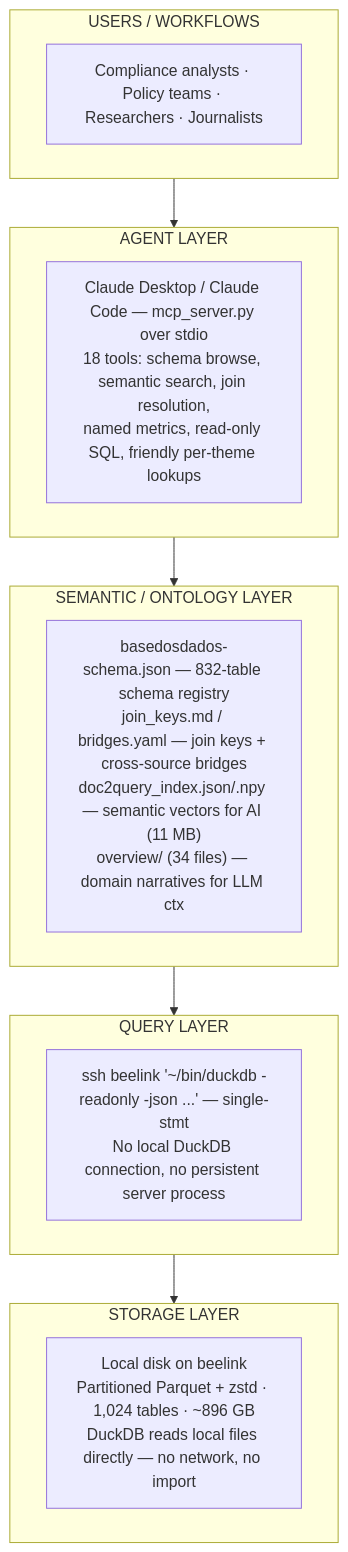
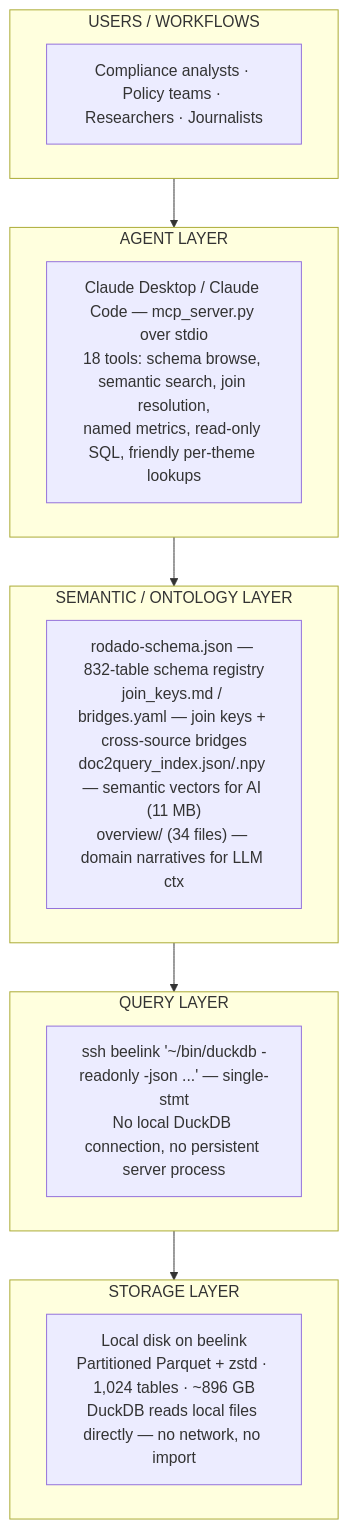
The second of 4 diagrams in TECHNICAL.md (rafapolo/rodado), drawn with Mermaid before and after one commit. The commit also changed other lines of this file and 50 other files, not shown here.

First line of the commit message:
feat: cover duckdb_native tables in schema gen, rename to rodado-schema.json

````diff
--- a/TECHNICAL.md
+++ b/TECHNICAL.md
@@ -178,20 +178,20 @@
 ```mermaid
 flowchart TD
     subgraph USERS["USERS / WORKFLOWS"]
         U["Compliance analysts · Policy teams · Researchers · Journalists"]
     end
     subgraph AGENT["AGENT LAYER"]
         A["Claude Desktop / Claude Code — mcp_server.py over stdio<br/>18 tools: schema browse, semantic search, join resolution,<br/>named metrics, read-only SQL, friendly per-theme lookups"]
     end
     subgraph SEMANTIC["SEMANTIC / ONTOLOGY LAYER"]
-        S["basedosdados-schema.json — 832-table schema registry<br/>join_keys.md / bridges.yaml — join keys + cross-source bridges<br/>doc2query_index.json/.npy — semantic vectors for AI (11 MB)<br/>overview/ (34 files) — domain narratives for LLM ctx"]
+        S["rodado-schema.json — 832-table schema registry<br/>join_keys.md / bridges.yaml — join keys + cross-source bridges<br/>doc2query_index.json/.npy — semantic vectors for AI (11 MB)<br/>overview/ (34 files) — domain narratives for LLM ctx"]
     end
     subgraph QUERY["QUERY LAYER"]
         Q["ssh beelink '~/bin/duckdb -readonly -json ...' — single-stmt<br/>No local DuckDB connection, no persistent server process"]
     end
     subgraph STORAGE["STORAGE LAYER"]
         ST["Local disk on beelink<br/>Partitioned Parquet + zstd · 1,024 tables · ~896 GB<br/>DuckDB reads local files directly — no network, no import"]
     end
 
     USERS --> AGENT --> SEMANTIC --> QUERY --> STORAGE
 ```
````
